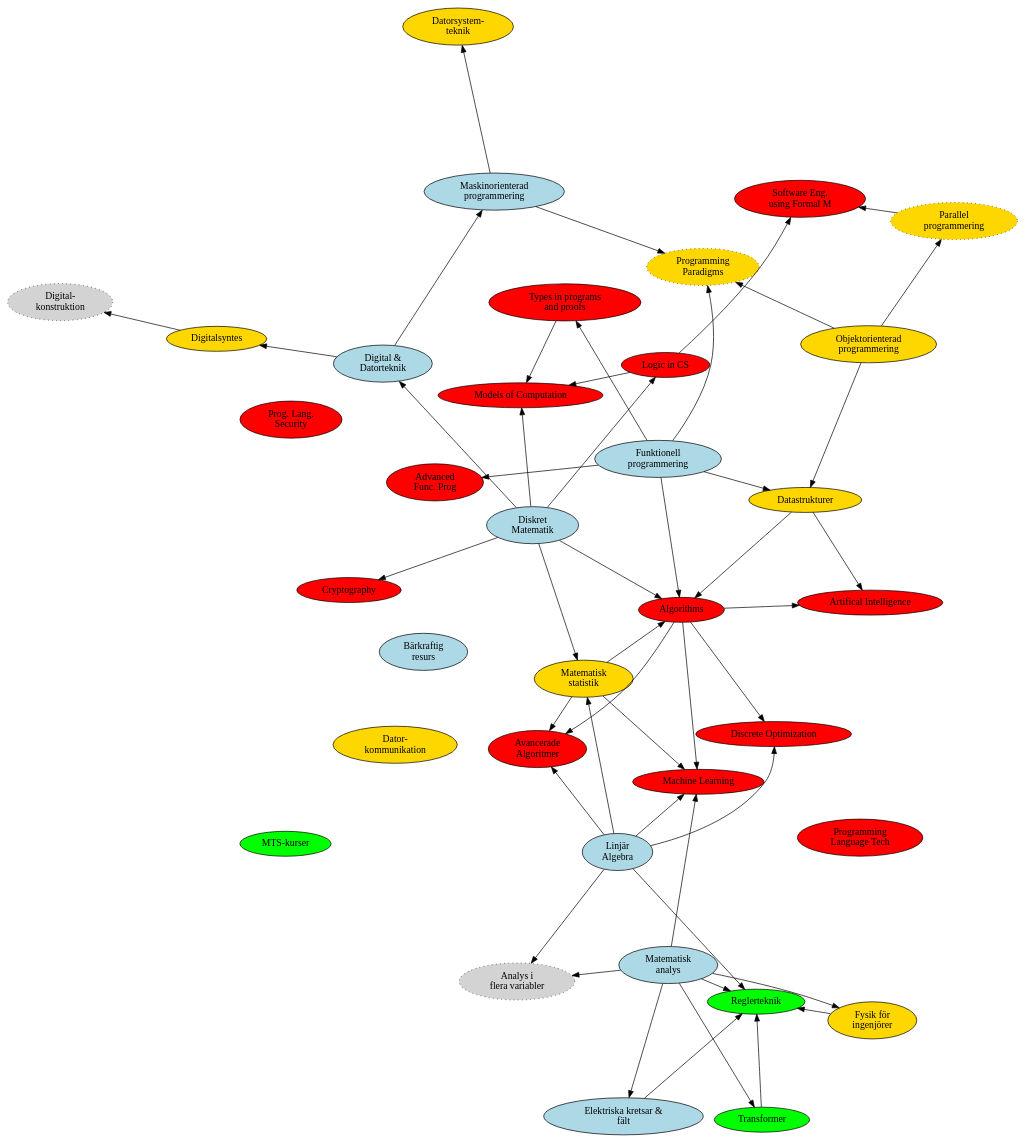
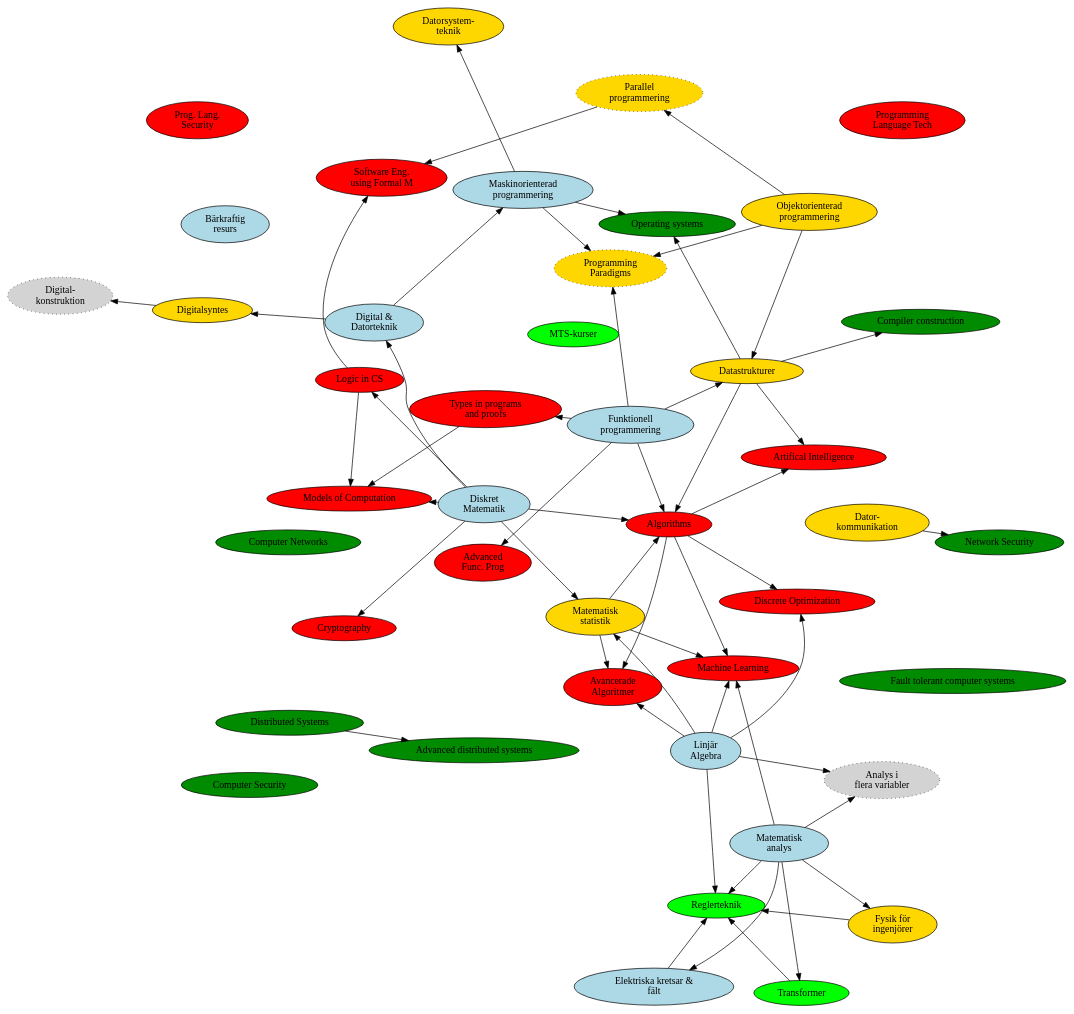
One commit to dtekcth/snd-kursgraf changed the diagram in kursgraf.dot. Above: the diagram before and after it, drawn with Graphviz. The commit also changed 2 other files, not shown here.

Commit message:
Updated with some CSN courses

```diff
--- a/kursgraf.dot
+++ b/kursgraf.dot
@@ -1,128 +1,151 @@
 digraph G
 {
 	layout=neato
 	//nodesep=1
 	splines=true
 	overlap=prism 
 	node [style="solid,filled"]
 
 	
 
 	//TKDAT-1
 	subgraph {
 		rank = same
 		node [fillcolor="lightblue"]
 		haskell [label = "Funktionell\nprogrammering"]
 		diskmat [label = "Diskret\nMatematik"]
 		linalg [label = "Linjär\nAlgebra"]
 		digodat [label = "Digital &\nDatorteknik"]
 		analys [label = "Matematisk\nanalys"]
 		mop [label = "Maskinorienterad\nprogrammering"]
 		el [label = "Elektriska kretsar &\nfält"]
 		barsaft [label = "Bärkraftig\nresurs"]
 	}
 	
 	diskmat -> digodat
 	digodat -> mop
 	analys -> el
 
 	//TKDAT-2
 	subgraph {
 		rank = same
 		node [fillcolor="gold1"]
 		matstat [label = "Matematisk\nstatistik"]
 		oop [label = "Objektorienterad\nprogrammering"]
 		fysik [label = "Fysik för\ningenjörer"]
 		dstrukt [label = "Datastrukturer"]
 		syntes [label = "Digitalsyntes"]
 		subgraph {
 			node [style="dotted, filled"]
 			pp [label = "Programming\nParadigms"]
 			concurrent [label = "Parallel\nprogrammering"]
 		}
 		dst [ label = "Datorsystem-\nteknik"]
 		datakom [label = "Dator-\nkommunikation"]
 	}
 	haskell -> pp
 	haskell -> dstrukt
 	oop -> dstrukt
 	oop -> concurrent
 	oop -> pp
 	mop -> pp
 	digodat -> syntes
 	mop -> dst
 	analys -> fysik
 	linalg -> matstat
 	diskmat -> matstat
 	
 	//TKDAT-3
 	subgraph {
 		rank = same
 		node [fillcolor = "green1"]
 		tss [label = "Transformer"]
 		regler [label = "Reglerteknik"]
 		mts [label = "MTS-kurser"]
 	}
 	tss -> regler
 	analys -> tss
 	analys -> regler
 	fysik -> regler
 	el -> regler
 	linalg -> regler
 	
 	//CSALL
 	subgraph {
 		rank = same
 		node [style ="filled", fillcolor="red"]
 		advAlg [label = "Avancerade\nAlgoritmer"]
 		advFunc [label = "Advanced \n Func. Prog"]
 		logik [label = "Logic in CS"]
 		prolang [label = "Programming \n Language Tech"]
 		ml [label = "Machine Learning"]
 		softEng [label ="Software Eng. \n using Formal M"]
 		discopt [label = "Discrete Optimization"]
 		ai [label ="Artifical Intelligence"]
 		models [label ="Models of Computation"]
 		langsecurity [label ="Prog. Lang. \n Security"]
 		types [label = "Types in programs \n and proofs "]
 		algoritmer [label ="Algorithms"]
 		crypto [label = "Cryptography"]
 	}
 	diskmat -> models
 	logik -> models
 	diskmat -> crypto
 	haskell -> types
 	types -> models
 	algoritmer -> discopt
 	linalg -> discopt
 	concurrent -> softEng
 	logik -> softEng
 	//behövs denna? stat -> algoritmer -> advalg
 	diskmat -> logik
 	matstat -> advAlg
 	linalg -> advAlg
 	algoritmer -> advAlg
 	algoritmer -> ml
 	analys -> ml
 	matstat -> ml
 	linalg -> ml
 	haskell -> advFunc
 	dstrukt -> ai
 	algoritmer -> ai
-   
+
+	//CSN
+	
+	subgraph {
+		rank = same
+		node [style="filled",fillcolor="green4"]
+		distSys [label="Distributed Systems"]
+		advDistSys [label="Advanced distributed systems"]
+		ftcs [label="Fault tolerant computer systems"]
+		computerNetworks [label="Computer Networks"]
+		oS [label="Operating systems"]
+		compilerConstruction [label="Compiler construction"]
+		networkSecurity [label="Network Security"]
+		computerSecurity [label="Computer Security"]
+	}   
+	
+	distSys -> advDistSys
+	dstrukt -> oS 
+	mop -> oS	
+	datakom -> networkSecurity
+	dstrukt -> compilerConstruction
+	
+
+
    //Valbara
 	subgraph {
 		node [style="dotted, filled"]
 		flervar [label = "Analys i\nflera variabler"]
 		digkonstr [label = "Digital-\nkonstruktion"]
 	}
 	syntes -> digkonstr
 	linalg -> flervar
 	analys -> flervar
 	dstrukt -> algoritmer
 	haskell -> algoritmer
 	diskmat -> algoritmer
 	matstat -> algoritmer
 
 
 }	
```
